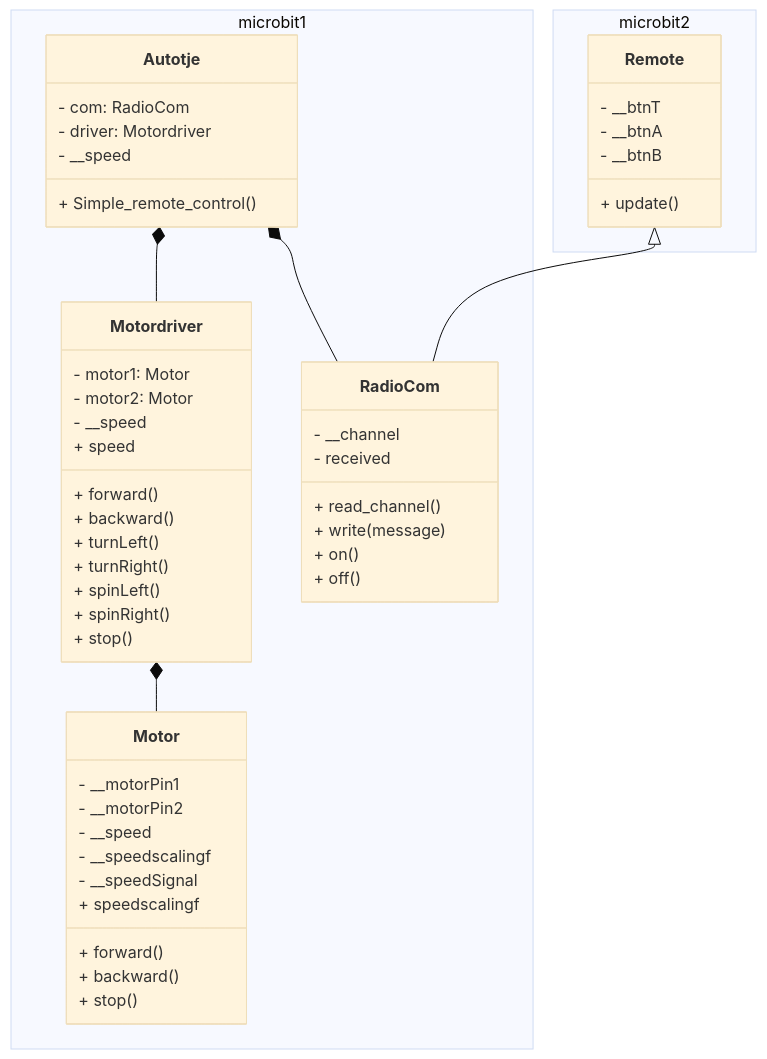
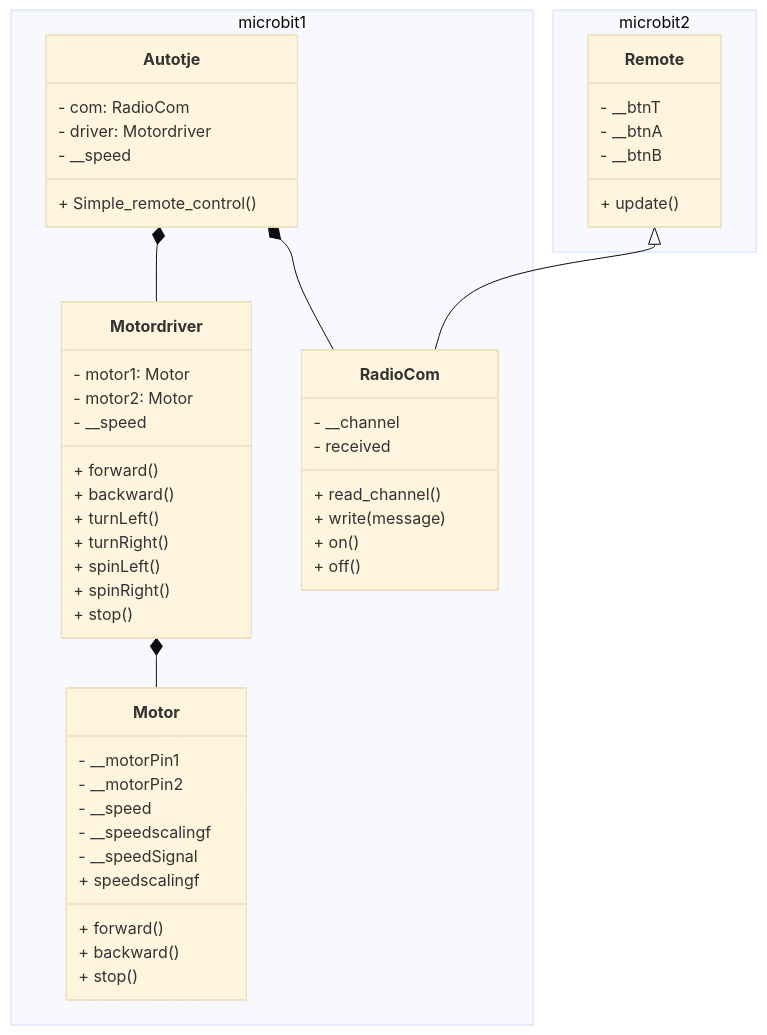
One commit to jensthebrogrammer/project_autotje changed the diagram in newUML.md. Above: the diagram before and after it, drawn with Mermaid (base theme).

````diff
--- a/newUML.md
+++ b/newUML.md
@@ -1,63 +1,62 @@
 ```mermaid
 classDiagram
     namespace microbit1 {
         class Autotje {
             - com: RadioCom
             - driver: Motordriver
             - __speed
             + Simple_remote_control()
         }
 
         class Motor {
             - __motorPin1
             - __motorPin2
             - __speed
             - __speedscalingf
             - __speedSignal
             + forward()
             + backward()
             + stop()
             + speedscalingf
         }
         
         class Motordriver {
             - motor1: Motor
             - motor2: Motor
             - __speed
-            + speed
             + forward()
             + backward()
             + turnLeft()
             + turnRight()
             + spinLeft()
             + spinRight()
             + stop()
         }
 
         class RadioCom {
             - __channel
             - received
             + read_channel()
             + write(message)
             + on()
             + off()
         }
     }
 
     namespace microbit2 {
         class Remote {
             - __btnT
             - __btnA
             - __btnB
             + update()
         }
     }
 
     Autotje *-- RadioCom 
     Autotje *-- Motordriver 
     Motordriver *-- Motor 
     Remote <|-- RadioCom
 
 
 
  ```
````
